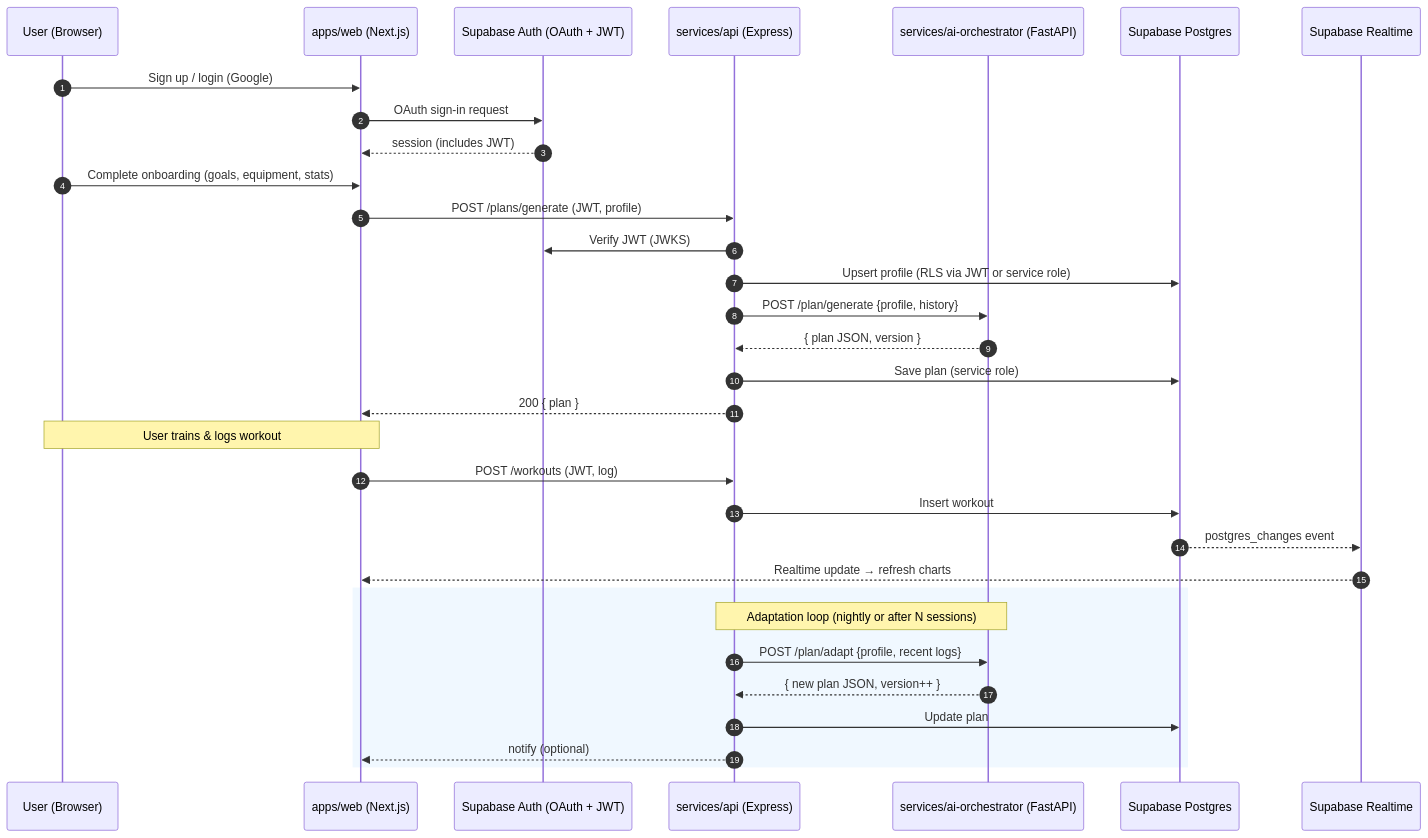
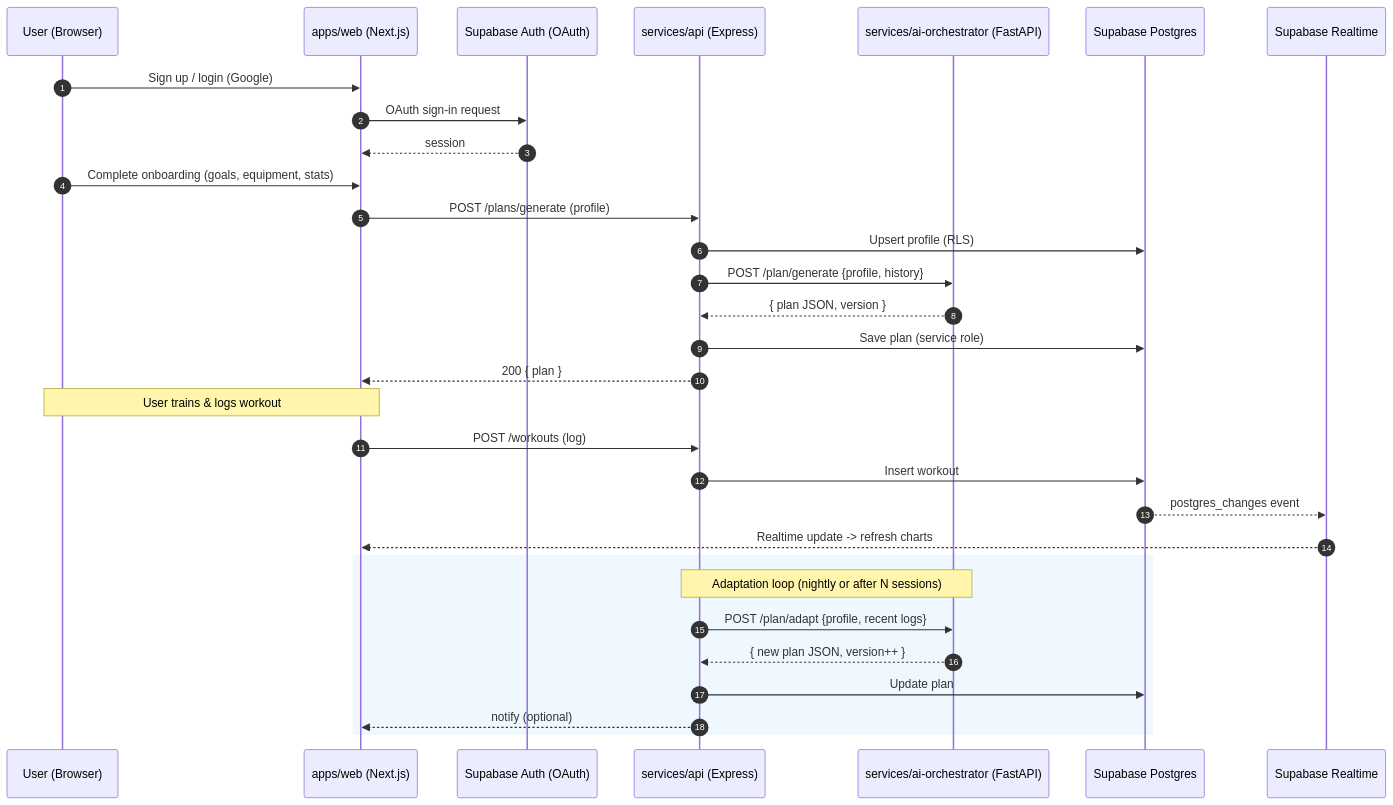
The diagram in docs/archeticture/diagrams/data-flow.md (Pulse-project-300/atu-project-300), drawn with Mermaid before and after one commit.

Commit message:
updated architecture diagram for demo

````diff
--- a/docs/archeticture/diagrams/data-flow.md
+++ b/docs/archeticture/diagrams/data-flow.md
@@ -1,38 +1,37 @@
 ```mermaid
 sequenceDiagram
   autonumber
    participant U as User (Browser)
   participant Web as apps/web (Next.js)
-  participant Auth as Supabase Auth (OAuth + JWT)
+  participant Auth as Supabase Auth (OAuth)
   participant API as services/api (Express)
   participant AI as services/ai-orchestrator (FastAPI)
   participant DB as Supabase Postgres
   participant RT as Supabase Realtime
 
   U->>Web: Sign up / login (Google)
   Web->>Auth: OAuth sign-in request
-  Auth-->>Web: session (includes JWT)
+  Auth-->>Web: session 
 
   U->>Web: Complete onboarding (goals, equipment, stats)
-  Web->>API: POST /plans/generate (JWT, profile)
-  API->>Auth: Verify JWT (JWKS)
-  API->>DB: Upsert profile (RLS via JWT or service role)
+  Web->>API: POST /plans/generate (profile)
+  API->>DB: Upsert profile (RLS)
   API->>AI: POST /plan/generate {profile, history}
   AI-->>API: { plan JSON, version }
   API->>DB: Save plan (service role)
   API-->>Web: 200 { plan }
 
   Note over U,Web: User trains & logs workout
-  Web->>API: POST /workouts (JWT, log)
+  Web->>API: POST /workouts (log)
   API->>DB: Insert workout
   DB-->>RT: postgres_changes event
-  RT-->>Web: Realtime update → refresh charts
+  RT-->>Web: Realtime update -> refresh charts
 
   rect rgb(240,248,255)
   Note over API,AI: Adaptation loop (nightly or after N sessions)
   API->>AI: POST /plan/adapt {profile, recent logs}
   AI-->>API: { new plan JSON, version++ }
   API->>DB: Update plan
   API-->>Web: notify (optional)
   end
 ```
````
